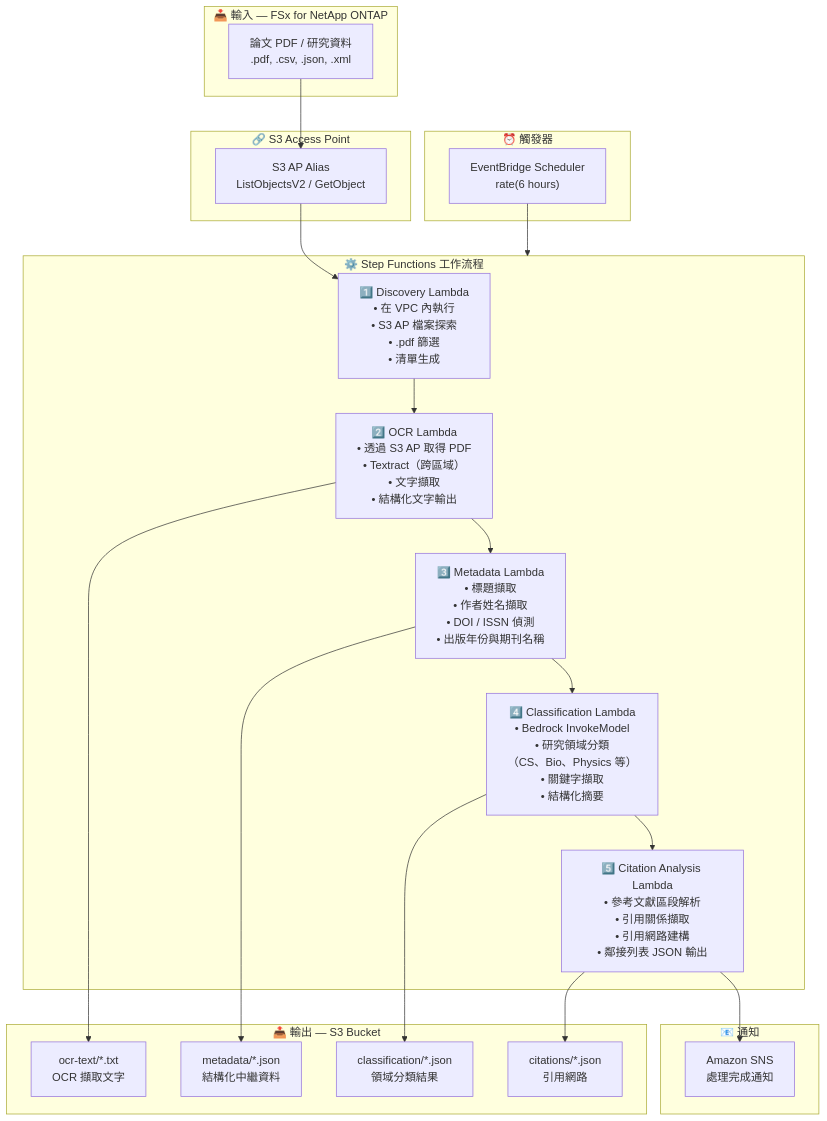
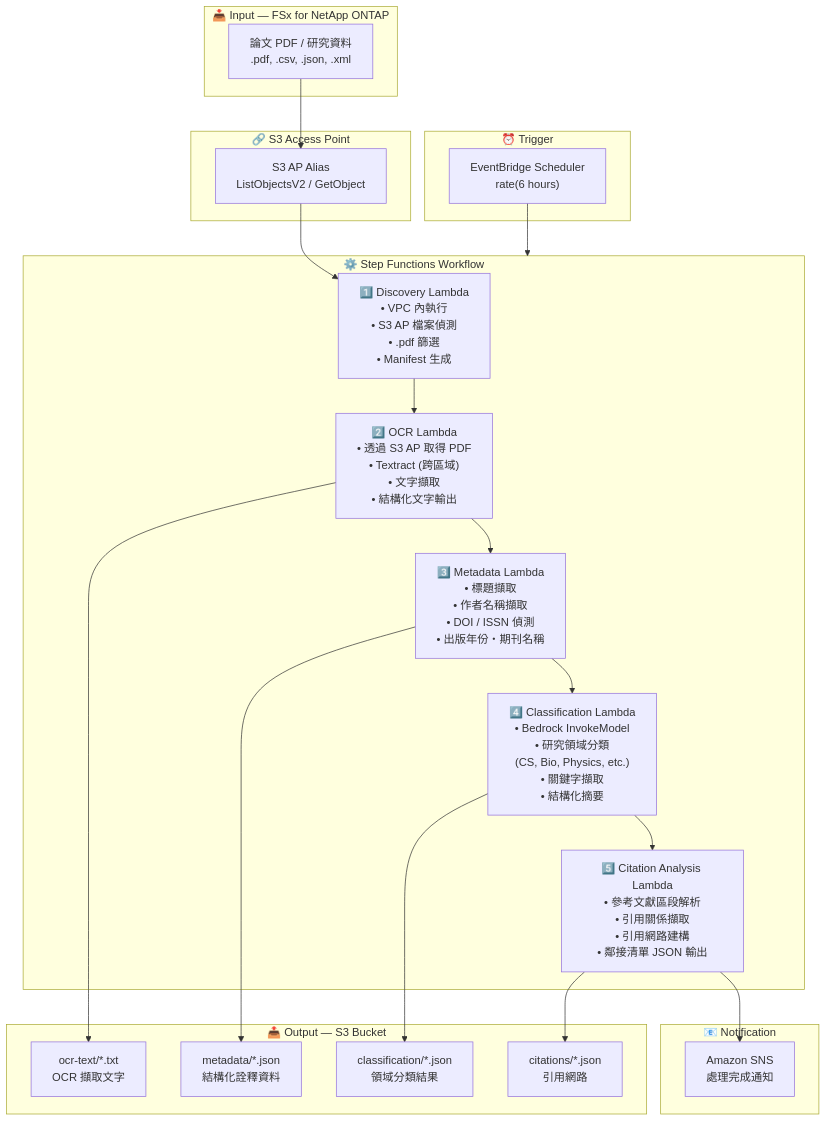
One commit to Yoshiki0705/FSx-for-ONTAP-S3AccessPoints-Serverless-Patterns changed the diagram in education-research/docs/architecture.zh-TW.md. Above: the diagram before and after it, drawn with Mermaid. The commit also changed other lines of this file and 54 other files, not shown here.

````diff
--- a/education-research/docs/architecture.zh-TW.md
+++ b/education-research/docs/architecture.zh-TW.md
@@ -11,46 +13,46 @@
 ```mermaid
 flowchart TB
-    subgraph INPUT["📥 輸入 — FSx for NetApp ONTAP"]
+    subgraph INPUT["📥 Input — FSx for NetApp ONTAP"]
         PAPERS["論文 PDF / 研究資料<br/>.pdf, .csv, .json, .xml"]
     end
 
     subgraph S3AP["🔗 S3 Access Point"]
         ALIAS["S3 AP Alias<br/>ListObjectsV2 / GetObject"]
     end
 
-    subgraph TRIGGER["⏰ 觸發器"]
+    subgraph TRIGGER["⏰ Trigger"]
         EB["EventBridge Scheduler<br/>rate(6 hours)"]
     end
 
-    subgraph SFN["⚙️ Step Functions 工作流程"]
-        DISC["1️⃣ Discovery Lambda<br/>• 在 VPC 內執行<br/>• S3 AP 檔案探索<br/>• .pdf 篩選<br/>• 清單生成"]
-        OCR["2️⃣ OCR Lambda<br/>• 透過 S3 AP 取得 PDF<br/>• Textract（跨區域）<br/>• 文字擷取<br/>• 結構化文字輸出"]
-        META["3️⃣ Metadata Lambda<br/>• 標題擷取<br/>• 作者姓名擷取<br/>• DOI / ISSN 偵測<br/>• 出版年份與期刊名稱"]
-        CL["4️⃣ Classification Lambda<br/>• Bedrock InvokeModel<br/>• 研究領域分類<br/>  （CS、Bio、Physics 等）<br/>• 關鍵字擷取<br/>• 結構化摘要"]
-        CA["5️⃣ Citation Analysis Lambda<br/>• 參考文獻區段解析<br/>• 引用關係擷取<br/>• 引用網路建構<br/>• 鄰接列表 JSON 輸出"]
+    subgraph SFN["⚙️ Step Functions Workflow"]
+        DISC["1️⃣ Discovery Lambda<br/>• VPC 內執行<br/>• S3 AP 檔案偵測<br/>• .pdf 篩選<br/>• Manifest 生成"]
+        OCR["2️⃣ OCR Lambda<br/>• 透過 S3 AP 取得 PDF<br/>• Textract (跨區域)<br/>• 文字擷取<br/>• 結構化文字輸出"]
+        META["3️⃣ Metadata Lambda<br/>• 標題擷取<br/>• 作者名稱擷取<br/>• DOI / ISSN 偵測<br/>• 出版年份・期刊名稱"]
+        CL["4️⃣ Classification Lambda<br/>• Bedrock InvokeModel<br/>• 研究領域分類<br/>  (CS, Bio, Physics, etc.)<br/>• 關鍵字擷取<br/>• 結構化摘要"]
+        CA["5️⃣ Citation Analysis Lambda<br/>• 參考文獻區段解析<br/>• 引用關係擷取<br/>• 引用網路建構<br/>• 鄰接清單 JSON 輸出"]
     end
 
-    subgraph OUTPUT["📤 輸出 — S3 Bucket"]
+    subgraph OUTPUT["📤 Output — S3 Bucket"]
         TEXT["ocr-text/*.txt<br/>OCR 擷取文字"]
-        METADATA["metadata/*.json<br/>結構化中繼資料"]
+        METADATA["metadata/*.json<br/>結構化詮釋資料"]
         CLASS["classification/*.json<br/>領域分類結果"]
         CITE["citations/*.json<br/>引用網路"]
     end
 
-    subgraph NOTIFY["📧 通知"]
+    subgraph NOTIFY["📧 Notification"]
         SNS["Amazon SNS<br/>處理完成通知"]
     end
 
     PAPERS --> ALIAS
     ALIAS --> DISC
     EB --> SFN
     DISC --> OCR
     OCR --> META
     META --> CL
     CL --> CA
     OCR --> TEXT
     META --> METADATA
     CL --> CLASS
     CA --> CITE
     CA --> SNS
 ```
````
